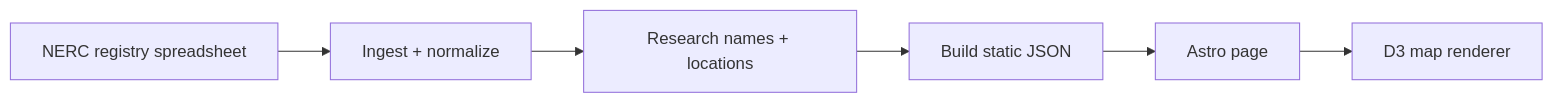
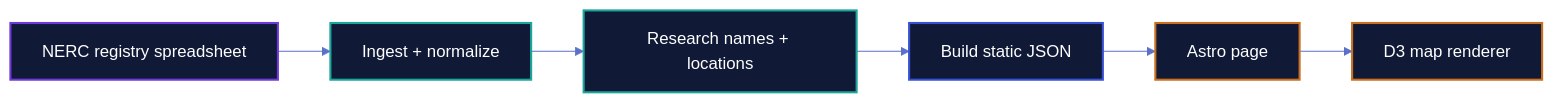
Before and after one commit to willschenk/nerc-grid-map: the first of 2 diagrams in README.md, drawn with Mermaid. The commit also changed other lines of this file, not shown here.

````diff
--- a/README.md
+++ b/README.md
@@ -56,8 +51,19 @@
 ```mermaid
+%%{init: {"theme": "base", "themeVariables": {"fontFamily": "-apple-system, BlinkMacSystemFont, Segoe UI, sans-serif", "primaryTextColor": "#ffffff", "lineColor": "#5a70c9"}}}%%
 flowchart LR
   A[NERC registry spreadsheet] --> B[Ingest + normalize]
   B --> C[Research names + locations]
   C --> D[Build static JSON]
   D --> E[Astro page]
   E --> F[D3 map renderer]
+
+  classDef source fill:#101936,stroke:#6f39d9,color:#ffffff,stroke-width:2px;
+  classDef work fill:#101936,stroke:#1ba69b,color:#ffffff,stroke-width:2px;
+  classDef output fill:#101936,stroke:#3650d2,color:#ffffff,stroke-width:2px;
+  classDef render fill:#101936,stroke:#c96f20,color:#ffffff,stroke-width:2px;
+
+  class A source;
+  class B,C work;
+  class D output;
+  class E,F render;
 ```
````
